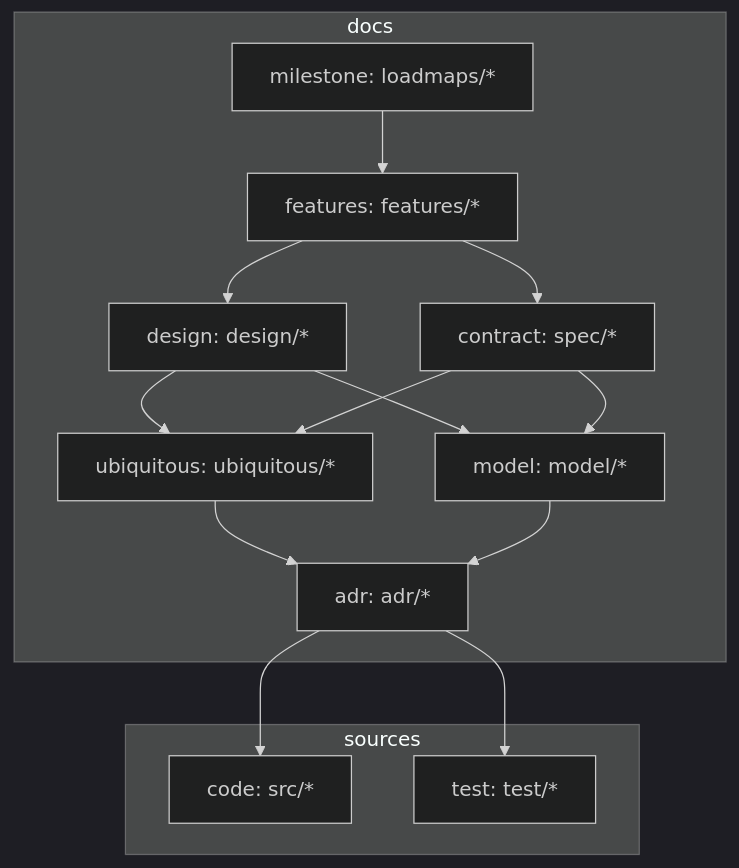
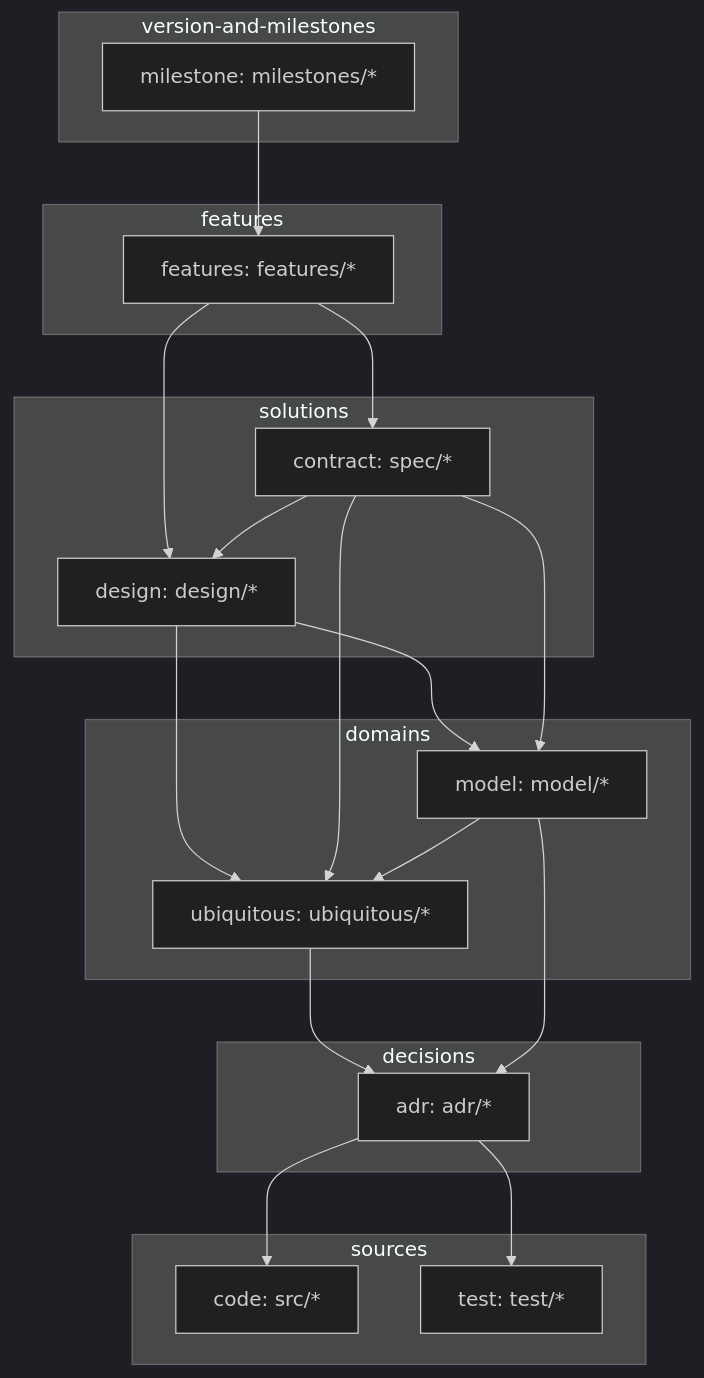
Before and after one commit to gameundwatch/periplus: the diagram in docs/overview.md, drawn with Mermaid (dark theme). The commit also changed other lines of this file, not shown here.

````diff
--- a/docs/overview.md
+++ b/docs/overview.md
@@ -6,31 +6,45 @@
 ```mermaid
 flowchart TD
 
-    subgraph docs
-        milestone[milestone: loadmaps/*]
+    subgraph L1[version-and-milestones]
+        milestone[milestone: milestones/*]
+    end
+
+    subgraph L2[features]
         feature[features: features/*]
+    end
+
+    subgraph L3[solutions]
         design[design: design/*]
         contract[contract: spec/*]
-        adr[adr: adr/*]
+    end
+
+    subgraph L4[domains]
         ubiquitous[ubiquitous: ubiquitous/*]
         model[model: model/*]
     end
 
-    subgraph sources
+    subgraph L5[decisions]
+        adr[adr: adr/*]
+    end
+
+    subgraph L6[sources]
         code[code: src/*]
         test[test: test/*]
     end
 
     milestone --> feature
     feature --> design
     feature --> contract
+    contract --> design
     design --> ubiquitous
     design --> model
     contract --> ubiquitous
     contract --> model
+    model --> ubiquitous
     ubiquitous --> adr
     model --> adr
     adr --> code
     adr --> test
 
 ```
````
